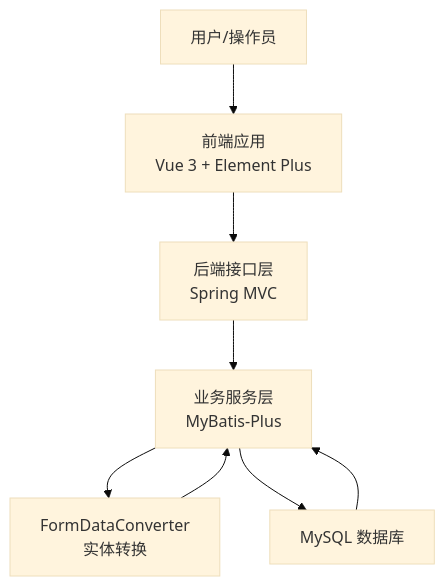
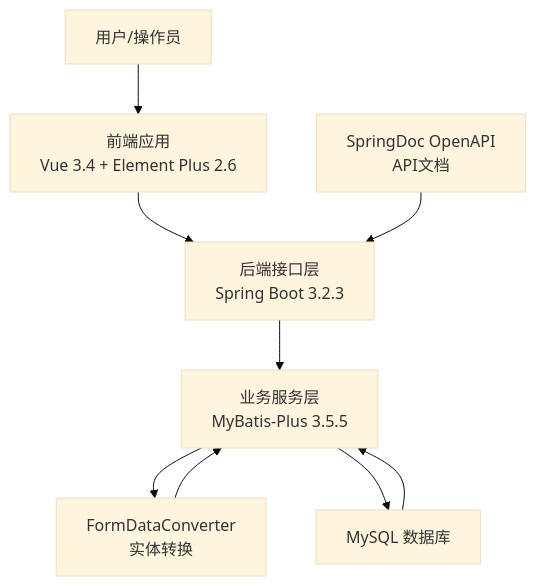
Before and after one commit to NJMrLi/genetics: the second of 7 diagrams in .qoder/repowiki/zh/content/开发指南/开发指南.md, drawn with Mermaid (base theme). The commit also changed other lines of this file and 152 other files, not shown here.

````diff
--- a/.qoder/repowiki/zh/content/开发指南/开发指南.md
+++ b/.qoder/repowiki/zh/content/开发指南/开发指南.md
@@ -88,16 +123,18 @@
 ```mermaid
 graph TB
 U["用户/操作员"]
-FE["前端应用<br/>Vue 3 + Element Plus"]
-API["后端接口层<br/>Spring MVC"]
-SVC["业务服务层<br/>MyBatis-Plus"]
+FE["前端应用<br/>Vue 3.4 + Element Plus 2.6"]
+API["后端接口层<br/>Spring Boot 3.2.3"]
+SVC["业务服务层<br/>MyBatis-Plus 3.5.5"]
 DB["MySQL 数据库"]
 FC["FormDataConverter<br/>实体转换"]
+DOC["SpringDoc OpenAPI<br/>API文档"]
 U --> FE
 FE --> API
 API --> SVC
 SVC --> FC
 SVC --> DB
 DB --> SVC
 FC --> SVC
+DOC --> API
 ```
````
